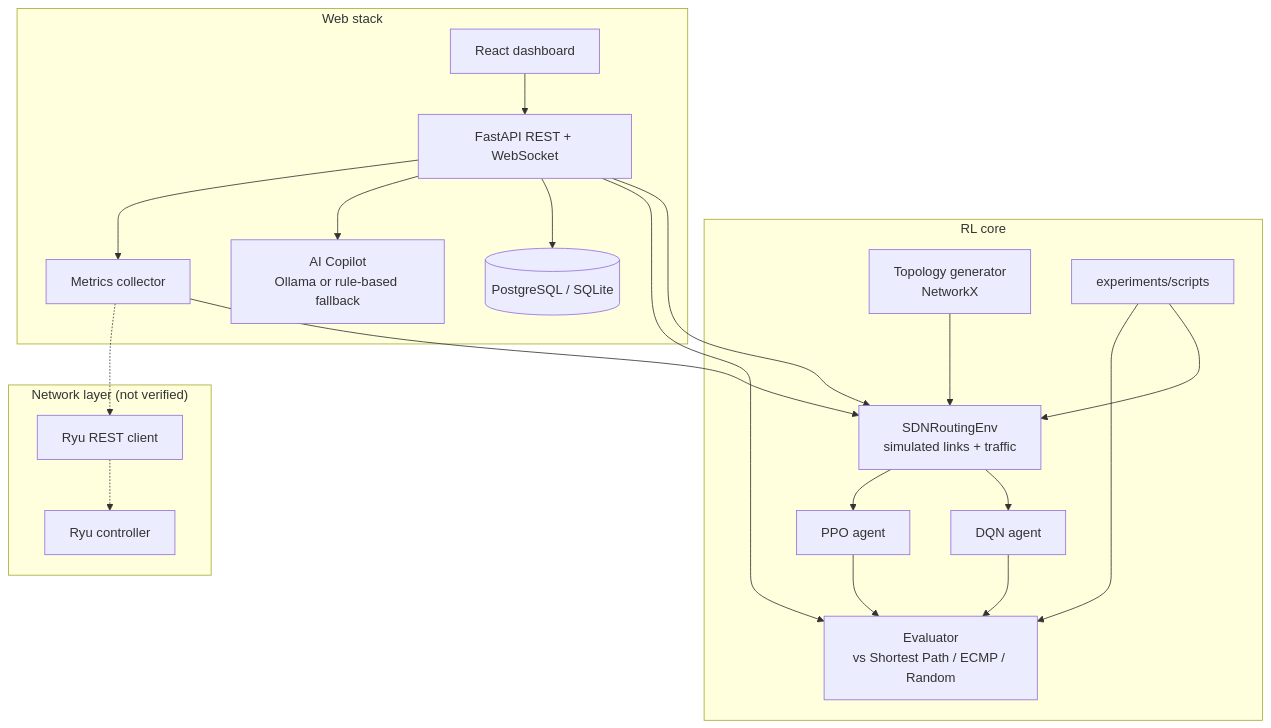
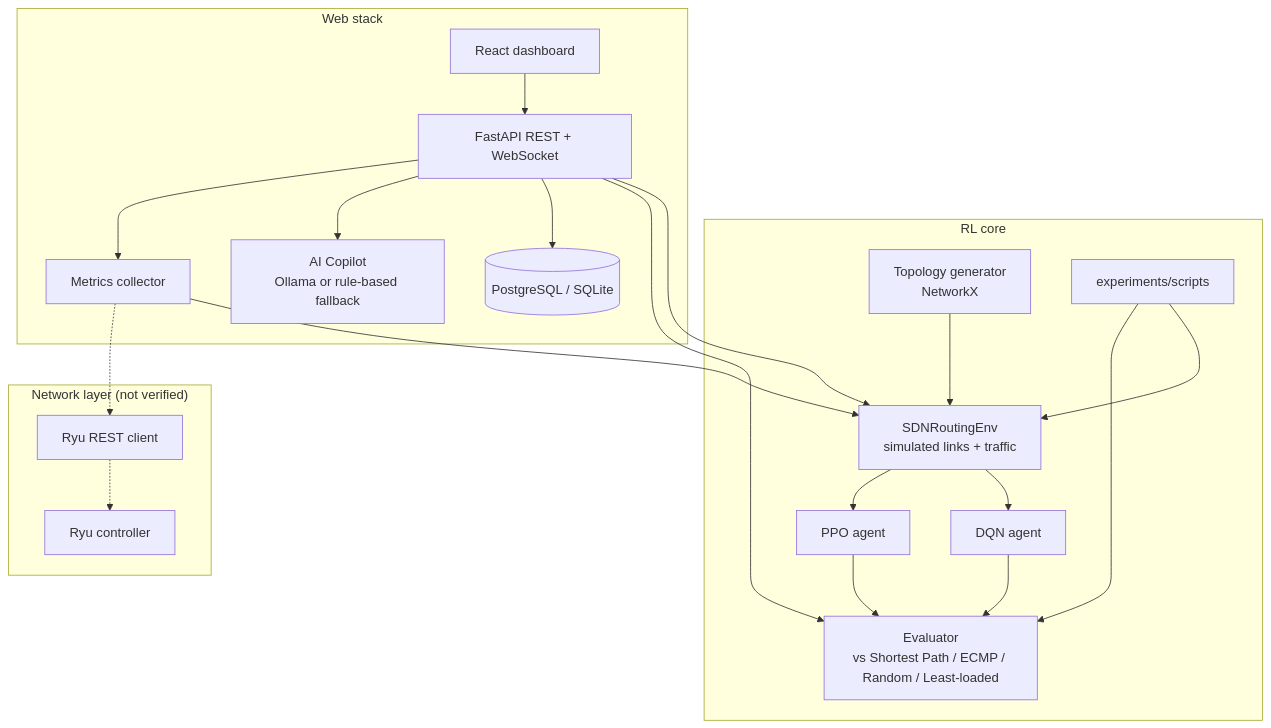
Before and after one commit to amirhosseinkho/RL-SDN-Traffic-Engineering: the diagram in README.md, drawn with Mermaid. The commit also changed other lines of this file and 9 other files, not shown here.

````diff
--- a/README.md
+++ b/README.md
@@ -40,42 +42,42 @@
 ```mermaid
 graph TB
     subgraph RL["RL core"]
         TOPO[Topology generator<br/>NetworkX]
         ENV[SDNRoutingEnv<br/>simulated links + traffic]
         DQN[DQN agent]
         PPO[PPO agent]
-        EVAL[Evaluator<br/>vs Shortest Path / ECMP / Random]
+        EVAL[Evaluator<br/>vs Shortest Path / ECMP / Random / Least-loaded]
         SCRIPTS[experiments/scripts]
     end
 
     subgraph Web["Web stack"]
         UI[React dashboard]
         API[FastAPI REST + WebSocket]
         DB[(PostgreSQL / SQLite)]
         COP[AI Copilot<br/>Ollama or rule-based fallback]
         MON[Metrics collector]
     end
 
     subgraph Net["Network layer (not verified)"]
         RYUC[Ryu REST client]
         RYU[Ryu controller]
     end
 
     TOPO --> ENV
     ENV --> DQN
     ENV --> PPO
     DQN --> EVAL
     PPO --> EVAL
     SCRIPTS --> ENV
     SCRIPTS --> EVAL
 
     UI --> API
     API --> ENV
     API --> EVAL
     API --> DB
     API --> COP
     API --> MON
     MON --> ENV
     MON -.-> RYUC
     RYUC -.-> RYU
 ```
````
